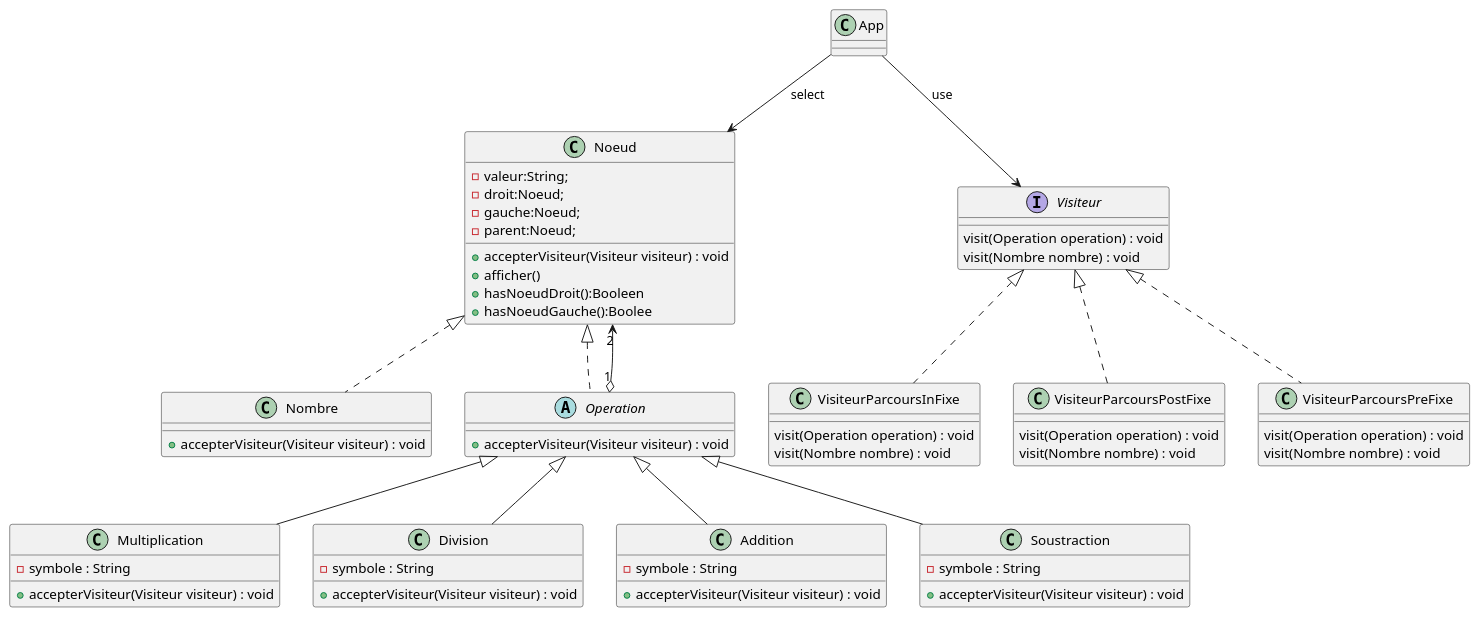
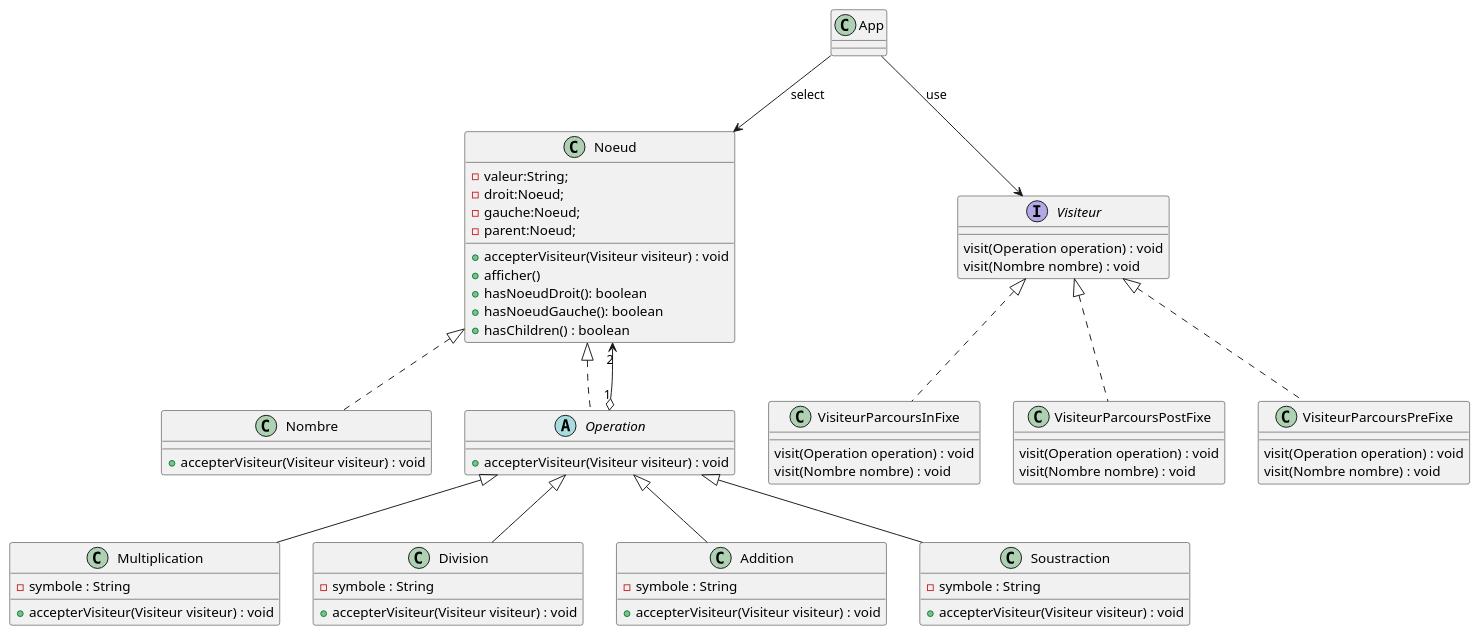
The diagram in README.md (KevinDoremy/Mini-projet2), drawn with PlantUML before and after one commit.

Commit message:
update noeud read me

````diff
--- a/README.md
+++ b/README.md
@@ -3,71 +3,72 @@
 ```plantuml
 @startuml
 skinparam style strict
 
 class Nombre implements Noeud {
 
     + accepterVisiteur(Visiteur visiteur) : void
 
 }
 
 class Noeud {
- -valeur:String;
-     -droit:Noeud;
-     -gauche:Noeud;
-     -parent:Noeud;
+    -valeur:String;
+    -droit:Noeud;
+    -gauche:Noeud;
+    -parent:Noeud;
    + accepterVisiteur(Visiteur visiteur) : void
    +afficher()
-   +hasNoeudDroit():Booleen
-   +hasNoeudGauche():Boolee
+   +hasNoeudDroit(): boolean
+   +hasNoeudGauche(): boolean
+   +hasChildren() : boolean
 }
 abstract class Operation implements Noeud {
 
     + accepterVisiteur(Visiteur visiteur) : void
 }
 
 class Multiplication extends Operation {
     - symbole : String
     + accepterVisiteur(Visiteur visiteur) : void
 }
 class Division extends Operation{
     - symbole : String
     + accepterVisiteur(Visiteur visiteur) : void
 }
 class Addition extends Operation{
     - symbole : String
     + accepterVisiteur(Visiteur visiteur) : void
 }
 class Soustraction extends Operation{
     - symbole : String
     + accepterVisiteur(Visiteur visiteur) : void
 }
 
 class App
 
 interface Visiteur {
     visit(Operation operation) : void
     visit(Nombre nombre) : void
 }
 
 class VisiteurParcoursInFixe implements Visiteur {
     visit(Operation operation) : void
     visit(Nombre nombre) : void
 }
 
 class VisiteurParcoursPostFixe implements Visiteur {
     visit(Operation operation) : void
     visit(Nombre nombre) : void
 }
 
 class VisiteurParcoursPreFixe implements Visiteur {
     visit(Operation operation) : void
     visit(Nombre nombre) : void
 }
 
 
 App --> Noeud: select
 App --> Visiteur : use
 Noeud "2" <--o "1" Operation
 
 @enduml
 ```
````
